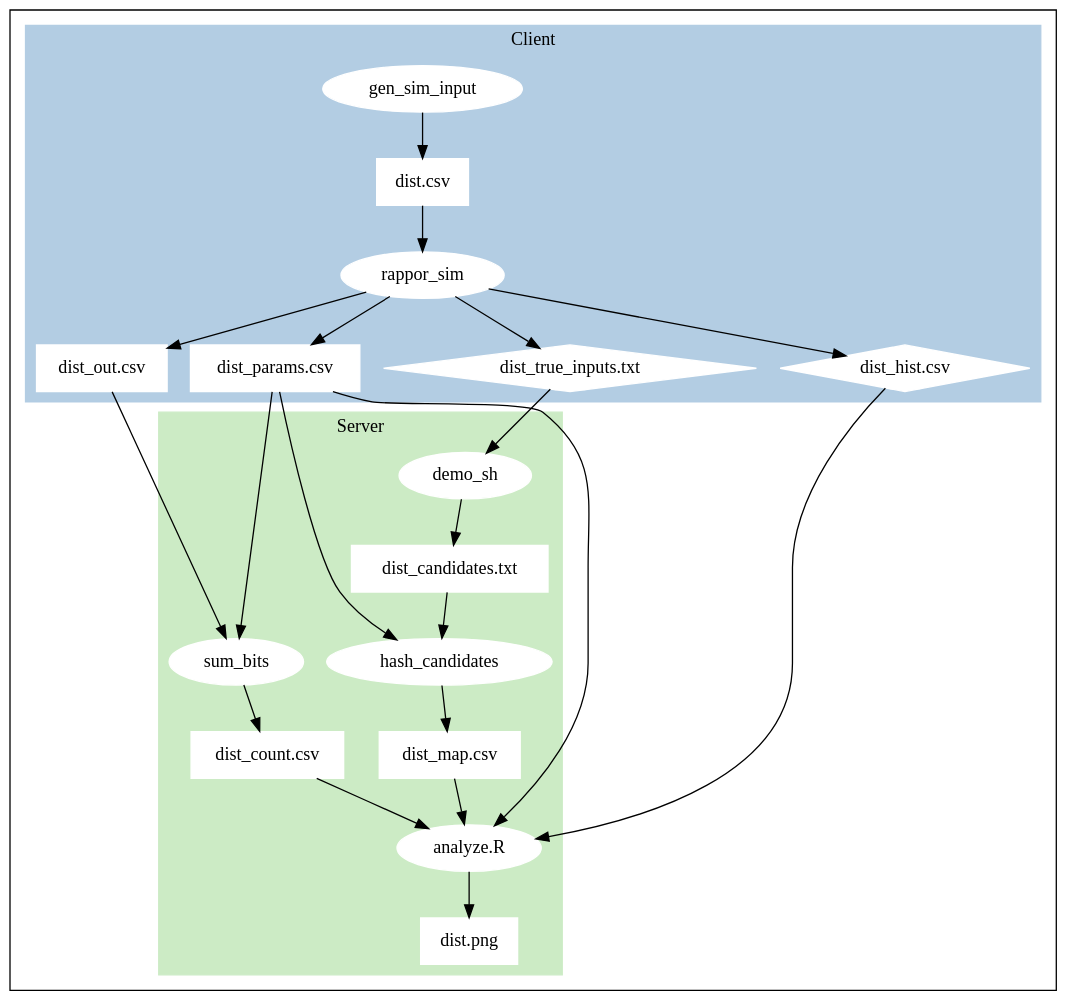
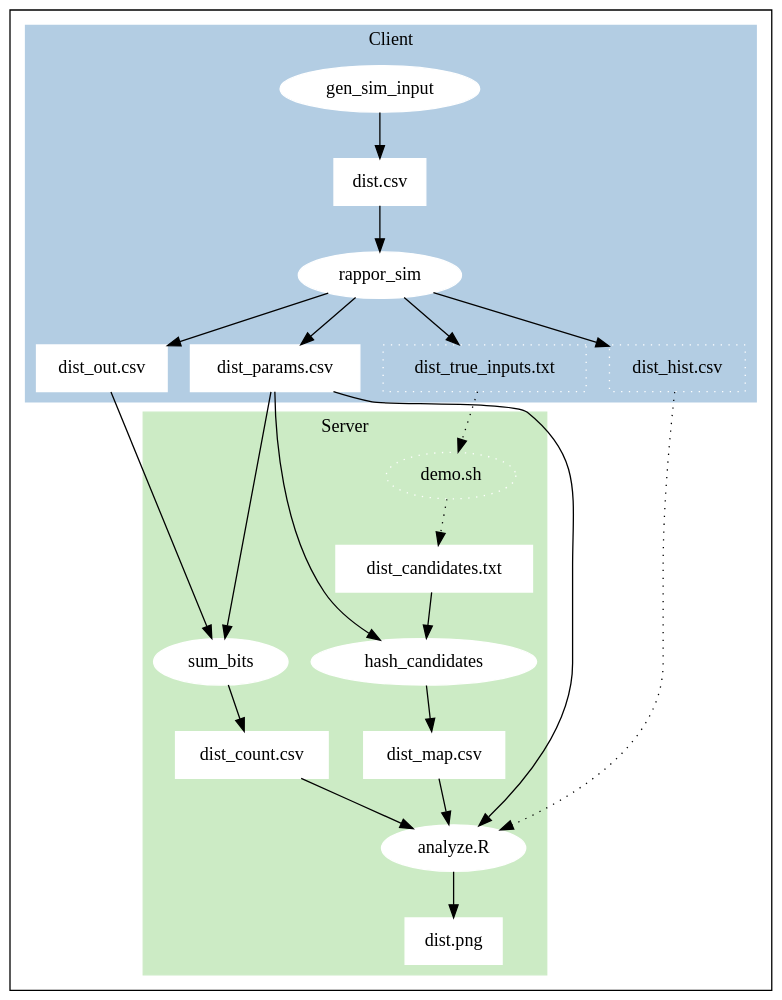
One commit to google/rappor changed the diagram in doc/tools.dot. Above: the diagram before and after it, drawn with Graphviz.

Commit message:
Make the simulation-only data paths dotted.

```diff
--- a/doc/tools.dot
+++ b/doc/tools.dot
@@ -1,69 +1,81 @@
 // Based on http://graphviz.org/content/cluster
 
 // Node types:
 //   Rectangle: process
 //   Oval: data
 //   Diamond: debug/simulation data
 
 digraph G {
-  colorscheme=pastel13
+  //rankdir="LR";  // left to right layout
+
+  // http://www.graphviz.org/content/color-names
+  colorscheme=pastel13;
 
   subgraph cluster_0 {
     label = "Client";
     style=filled;
     color=2;
 
     node [style=filled, color=white];
 
     gen_sim_input -> dist_csv -> rappor_sim;
     
     rappor_sim -> out;
     rappor_sim -> params;
     rappor_sim -> hist;
     rappor_sim -> true_inputs;
 
+    // Process
+    rappor_sim [label="rappor_sim"];
+
+    // Data
     dist_csv [shape=Mbox, label="dist.csv"];
-    rappor_sim [label="rappor_sim"];
     out [shape=Mbox, label="dist_out.csv"];
     params [shape=Mbox, label="dist_params.csv"];
 
     // simulation data
-    hist [shape=Mdiamond, label="dist_hist.csv"];
-    true_inputs [shape=Mdiamond, label="dist_true_inputs.txt"];
+    hist [shape=Mbox, style=dotted, label="dist_hist.csv"];
+    true_inputs [shape=Mbox, style=dotted, label="dist_true_inputs.txt"];
   }
 
   subgraph cluster_1 {
     label = "Server";
     style = filled;
     color=3;
 
     node [style=filled, color=white];
 
     sum_bits -> counts;
 
     // sum_bits needs the params to construct the matrix.  Technically it could
     // infer it, but this is simple.
     params -> sum_bits;
 
-    true_inputs -> demo_sh -> candidates -> hash_candidates -> map;
+    // only in the simulation
+    true_inputs -> demo_sh -> candidates [style=dotted];
+
+    candidates -> hash_candidates -> map;
     params -> hash_candidates;
 
     params -> analyze;
     map -> analyze;
     counts -> analyze;
-    hist -> analyze;
+    hist -> analyze [style=dotted];  // only for comparison
 
     analyze -> plot_png;
 
+    // Processes
     analyze [label="analyze.R"];
+    demo_sh [label="demo.sh", style=dotted];
 
+    // Data
     counts [shape=Mbox, label="dist_count.csv"];
     candidates [shape=Mbox, label="dist_candidates.txt"];
     map [shape=Mbox, label="dist_map.csv"];
 
     plot_png [shape=Mbox, label="dist.png"];
 
   }
 
   out -> sum_bits;
 }
```
